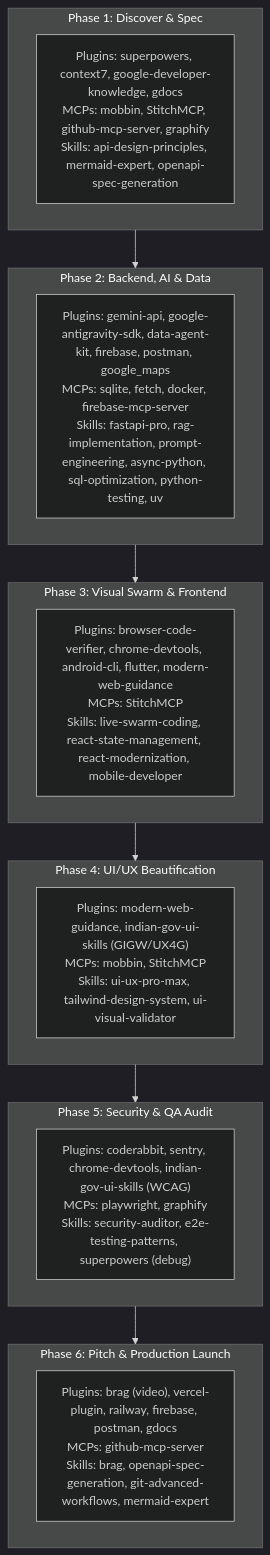
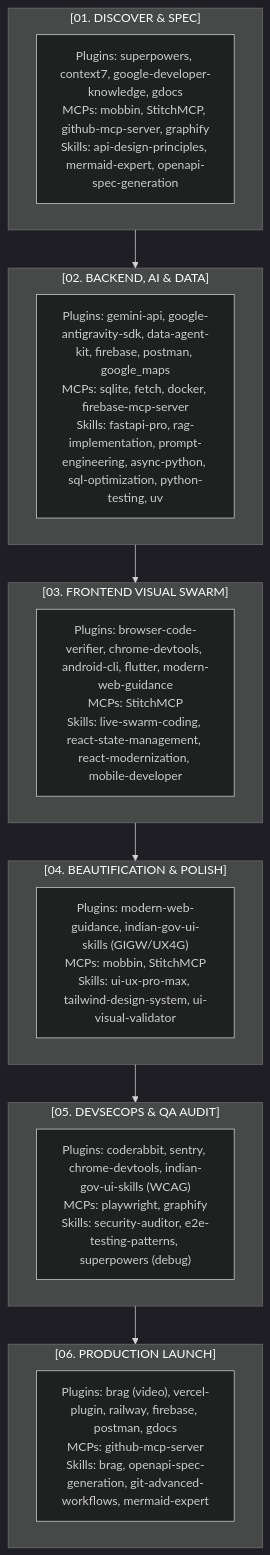
One commit to VihaanR/sprint-system changed the second of 2 diagrams in README.md. Above: the diagram before and after it, drawn with Mermaid (dark theme). The commit also changed other lines of this file and 2 other files, not shown here.

````diff
--- a/README.md
+++ b/README.md
@@ -61,28 +91,28 @@
 ```mermaid
 flowchart TD
-    subgraph P1 ["Phase 1: Discover & Spec"]
+    subgraph P1 ["[01. DISCOVER & SPEC]"]
         t1["Plugins: superpowers, context7, google-developer-knowledge, gdocs<br/>MCPs: mobbin, StitchMCP, github-mcp-server, graphify<br/>Skills: api-design-principles, mermaid-expert, openapi-spec-generation"]
     end
 
-    subgraph P2 ["Phase 2: Backend, AI & Data"]
+    subgraph P2 ["[02. BACKEND, AI & DATA]"]
         t2["Plugins: gemini-api, google-antigravity-sdk, data-agent-kit, firebase, postman, google_maps<br/>MCPs: sqlite, fetch, docker, firebase-mcp-server<br/>Skills: fastapi-pro, rag-implementation, prompt-engineering, async-python, sql-optimization, python-testing, uv"]
     end
 
-    subgraph P3 ["Phase 3: Visual Swarm & Frontend"]
+    subgraph P3 ["[03. FRONTEND VISUAL SWARM]"]
         t3["Plugins: browser-code-verifier, chrome-devtools, android-cli, flutter, modern-web-guidance<br/>MCPs: StitchMCP<br/>Skills: live-swarm-coding, react-state-management, react-modernization, mobile-developer"]
     end
 
-    subgraph P4 ["Phase 4: UI/UX Beautification"]
+    subgraph P4 ["[04. BEAUTIFICATION & POLISH]"]
         t4["Plugins: modern-web-guidance, indian-gov-ui-skills (GIGW/UX4G)<br/>MCPs: mobbin, StitchMCP<br/>Skills: ui-ux-pro-max, tailwind-design-system, ui-visual-validator"]
     end
 
-    subgraph P5 ["Phase 5: Security & QA Audit"]
+    subgraph P5 ["[05. DEVSECOPS & QA AUDIT]"]
         t5["Plugins: coderabbit, sentry, chrome-devtools, indian-gov-ui-skills (WCAG)<br/>MCPs: playwright, graphify<br/>Skills: security-auditor, e2e-testing-patterns, superpowers (debug)"]
     end
 
-    subgraph P6 ["Phase 6: Pitch & Production Launch"]
+    subgraph P6 ["[06. PRODUCTION LAUNCH]"]
         t6["Plugins: brag (video), vercel-plugin, railway, firebase, postman, gdocs<br/>MCPs: github-mcp-server<br/>Skills: brag, openapi-spec-generation, git-advanced-workflows, mermaid-expert"]
     end
 
     P1 --> P2 --> P3 --> P4 --> P5 --> P6
 ```
````
